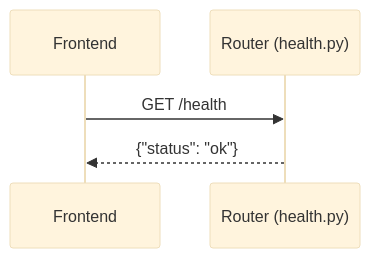
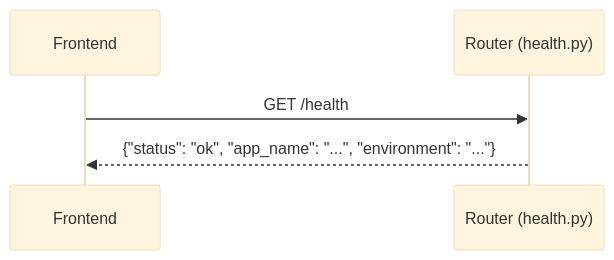
Before and after one commit to thaihai-swe/chatbot-with-data: the diagram in docs/diagrams/api/health.md, drawn with Mermaid (base theme). The commit also changed 23 other files, not shown here.

Commit message:
Refactor system architecture documentation: streamline content, update feature matrix, and enhance clarity on components and data flow

````diff
--- a/docs/diagrams/api/health.md
+++ b/docs/diagrams/api/health.md
@@ -3,8 +3,8 @@
 ```mermaid
 sequenceDiagram
     participant Frontend
     participant Router as Router (health.py)
     
     Frontend->>Router: GET /health
-    Router-->>Frontend: {"status": "ok"}
+    Router-->>Frontend: {"status": "ok", "app_name": "...", "environment": "..."}
 ```
````
